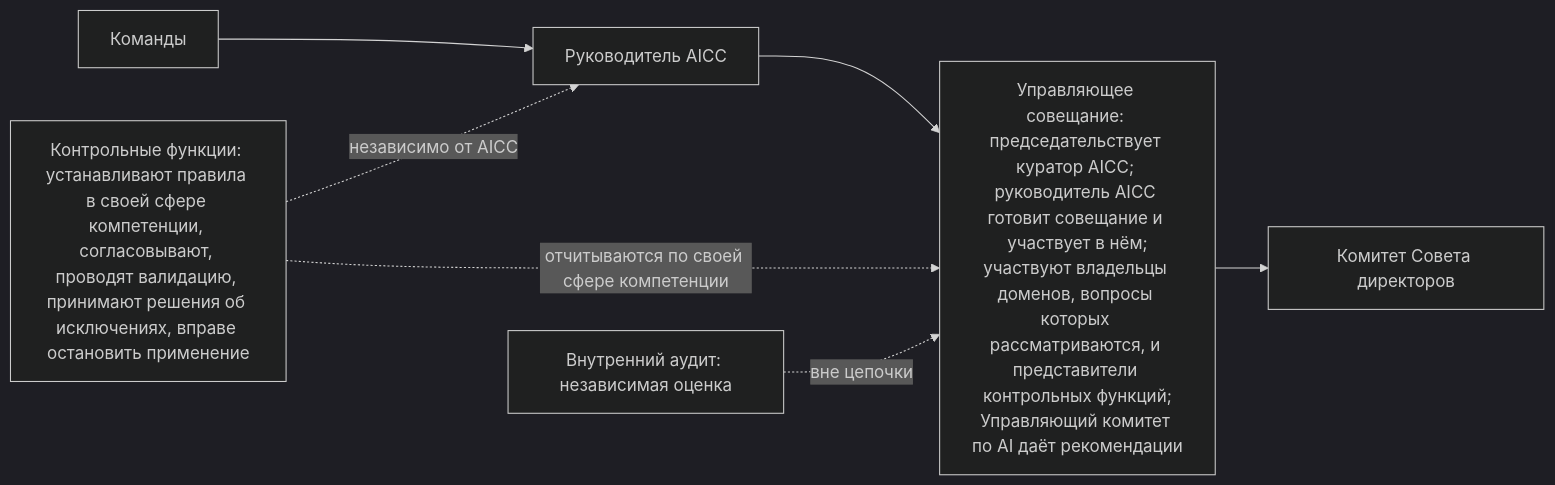
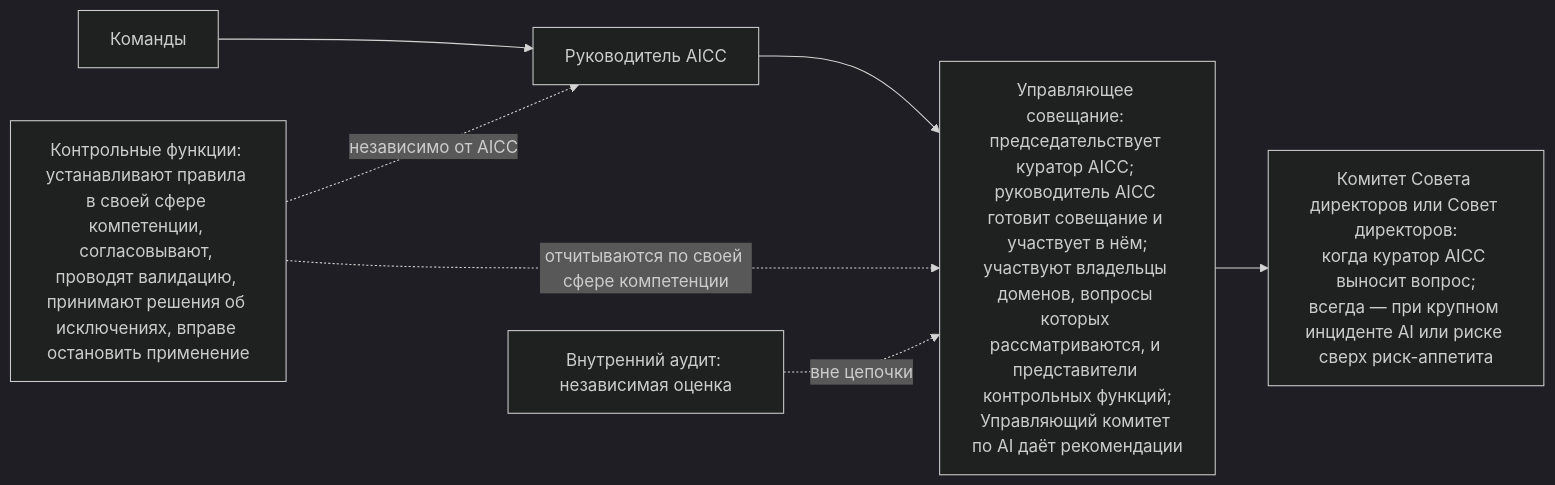
Before and after one commit to devhogu/ob-aicc: the fifth of 6 diagrams in charter/ru/workflows/unit-governance.md, drawn with Mermaid (dark theme). The commit also changed other lines of this file and 150 other files, not shown here.

````diff
--- a/charter/ru/workflows/unit-governance.md
+++ b/charter/ru/workflows/unit-governance.md
@@ -156,7 +156,7 @@
 ```mermaid
 flowchart LR
-  T["Команды"] --> L["Руководитель AICC"] --> S["Управляющее совещание: председательствует куратор AICC; руководитель AICC готовит совещание и участвует в нём;<br/>участвуют владельцы доменов, вопросы которых рассматриваются, и представители контрольных функций;<br/>Управляющий комитет по AI даёт рекомендации"] --> B["Комитет Совета директоров"]
+  T["Команды"] --> L["Руководитель AICC"] --> S["Управляющее совещание: председательствует куратор AICC; руководитель AICC готовит совещание и участвует в нём;<br/>участвуют владельцы доменов, вопросы которых рассматриваются, и представители контрольных функций;<br/>Управляющий комитет по AI даёт рекомендации"] --> B["Комитет Совета директоров или Совет директоров:<br/>когда куратор AICC выносит вопрос;<br/>всегда — при крупном инциденте AI или риске сверх риск-аппетита"]
   CF["Контрольные функции: устанавливают правила в своей сфере компетенции, согласовывают, проводят валидацию, принимают решения об исключениях, вправе остановить применение"] -.->|"независимо от AICC"| L
   CF -.->|"отчитываются по своей сфере компетенции"| S
   IA["Внутренний аудит: независимая оценка"] -.->|"вне цепочки"| S
 ```
````
